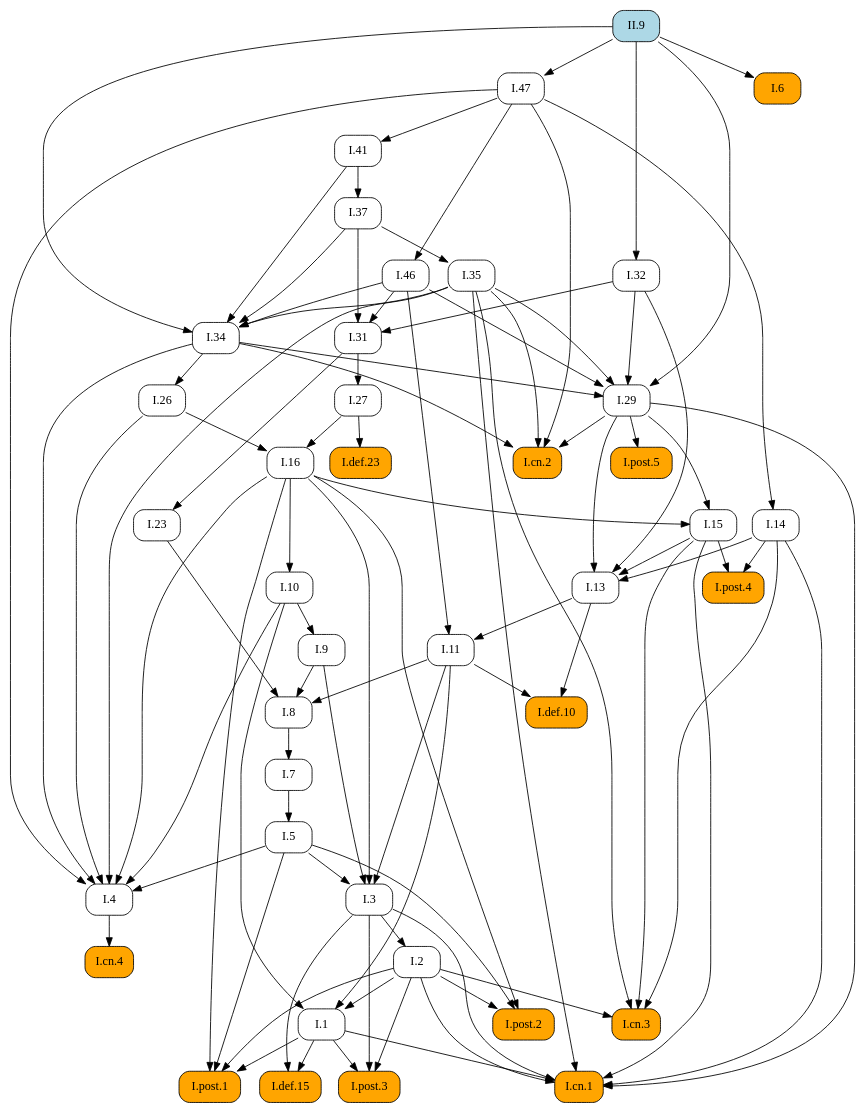
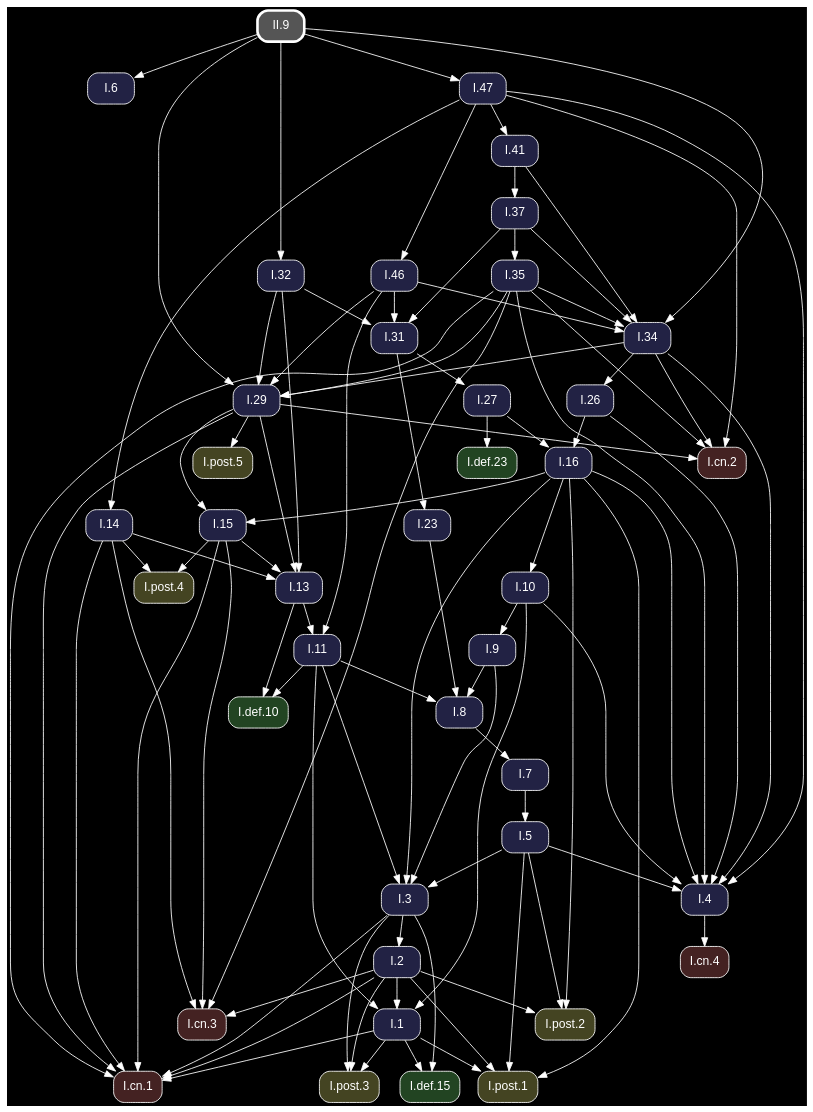
Before and after one commit to geometor/elements: the diagram in docsrc/heath/II/9/index.rst, drawn with Graphviz. The commit also changed other lines of this file and 1200 other files, not shown here.

Commit message:
update dependency graphs

```diff
--- a/docsrc/heath/II/9/index.rst
+++ b/docsrc/heath/II/9/index.rst
@@ -127,78 +127,59 @@
 .. graphviz::
 
    digraph {
+     bgcolor="black";
+     node [shape=box, style="rounded,filled", fontname="Helvetica", color="white", fontcolor="white"];
+     edge [color="white", fontcolor="white"];
      rankdir="TB";
-     node [shape=box, style=rounded];
-     "I.23" [URL="/heath/I/23/", target="_top"];
-     "I.9" [URL="/heath/I/9/", target="_top"];
-     "I.32" [URL="/heath/I/32/", target="_top"];
-     "I.def.15" [style="rounded,filled", fillcolor=orange, URL="/heath/I/def.15/", target="_top"];
-     "I.47" [URL="/heath/I/47/", target="_top"];
-     "I.post.3" [style="rounded,filled", fillcolor=orange, URL="/heath/I/post.3/", target="_top"];
-     "I.post.1" [style="rounded,filled", fillcolor=orange, URL="/heath/I/post.1/", target="_top"];
-     "I.31" [URL="/heath/I/31/", target="_top"];
-     "II.9" [style="rounded,filled", fillcolor=lightblue, URL="/heath/II/9/", target="_top"];
-     "I.def.10" [style="rounded,filled", fillcolor=orange, URL="/heath/I/def.10/", target="_top"];
-     "I.27" [URL="/heath/I/27/", target="_top"];
-     "I.14" [URL="/heath/I/14/", target="_top"];
-     "I.34" [URL="/heath/I/34/", target="_top"];
-     "I.3" [URL="/heath/I/3/", target="_top"];
-     "I.35" [URL="/heath/I/35/", target="_top"];
-     "I.cn.1" [style="rounded,filled", fillcolor=orange, URL="/heath/I/cn.1/", target="_top"];
-     "I.7" [URL="/heath/I/7/", target="_top"];
-     "I.2" [URL="/heath/I/2/", target="_top"];
-     "I.13" [URL="/heath/I/13/", target="_top"];
-     "I.post.4" [style="rounded,filled", fillcolor=orange, URL="/heath/I/post.4/", target="_top"];
-     "I.4" [URL="/heath/I/4/", target="_top"];
-     "I.1" [URL="/heath/I/1/", target="_top"];
-     "I.5" [URL="/heath/I/5/", target="_top"];
-     "I.37" [URL="/heath/I/37/", target="_top"];
-     "I.8" [URL="/heath/I/8/", target="_top"];
-     "I.cn.3" [style="rounded,filled", fillcolor=orange, URL="/heath/I/cn.3/", target="_top"];
-     "I.29" [URL="/heath/I/29/", target="_top"];
-     "I.16" [URL="/heath/I/16/", target="_top"];
-     "I.15" [URL="/heath/I/15/", target="_top"];
-     "I.10" [URL="/heath/I/10/", target="_top"];
-     "I.11" [URL="/heath/I/11/", target="_top"];
-     "I.def.23" [style="rounded,filled", fillcolor=orange, URL="/heath/I/def.23/", target="_top"];
-     "I.cn.2" [style="rounded,filled", fillcolor=orange, URL="/heath/I/cn.2/", target="_top"];
-     "I.post.5" [style="rounded,filled", fillcolor=orange, URL="/heath/I/post.5/", target="_top"];
-     "I.cn.4" [style="rounded,filled", fillcolor=orange, URL="/heath/I/cn.4/", target="_top"];
-     "I.41" [URL="/heath/I/41/", target="_top"];
-     "I.post.2" [style="rounded,filled", fillcolor=orange, URL="/heath/I/post.2/", target="_top"];
-     "I.46" [URL="/heath/I/46/", target="_top"];
-     "I.26" [URL="/heath/I/26/", target="_top"];
-     "I.6" [style="rounded,filled", fillcolor=orange, URL="/heath/I/6/", target="_top"];
-     "I.31" -> "I.23";
-     "I.10" -> "I.9";
-     "II.9" -> "I.32";
-     "I.1" -> "I.def.15";
-     "I.3" -> "I.def.15";
-     "II.9" -> "I.47";
-     "I.1" -> "I.post.3";
-     "I.2" -> "I.post.3";
-     "I.3" -> "I.post.3";
-     "I.1" -> "I.post.1";
-     "I.2" -> "I.post.1";
-     "I.5" -> "I.post.1";
-     "I.16" -> "I.post.1";
+     "I.6" [fillcolor="#222244", URL="/heath/I/6/", target="_top"];
+     "I.31" [fillcolor="#222244", URL="/heath/I/31/", target="_top"];
+     "I.32" [fillcolor="#222244", URL="/heath/I/32/", target="_top"];
+     "I.3" [fillcolor="#222244", URL="/heath/I/3/", target="_top"];
+     "I.cn.1" [fillcolor="#442222", URL="/heath/I/cn.1/", target="_top"];
+     "I.def.10" [fillcolor="#224422", URL="/heath/I/def.10/", target="_top"];
+     "I.15" [fillcolor="#222244", URL="/heath/I/15/", target="_top"];
+     "I.13" [fillcolor="#222244", URL="/heath/I/13/", target="_top"];
+     "I.27" [fillcolor="#222244", URL="/heath/I/27/", target="_top"];
+     "I.2" [fillcolor="#222244", URL="/heath/I/2/", target="_top"];
+     "I.41" [fillcolor="#222244", URL="/heath/I/41/", target="_top"];
+     "I.cn.2" [fillcolor="#442222", URL="/heath/I/cn.2/", target="_top"];
+     "I.9" [fillcolor="#222244", URL="/heath/I/9/", target="_top"];
+     "I.1" [fillcolor="#222244", URL="/heath/I/1/", target="_top"];
+     "I.post.5" [fillcolor="#444422", URL="/heath/I/post.5/", target="_top"];
+     "I.post.4" [fillcolor="#444422", URL="/heath/I/post.4/", target="_top"];
+     "I.23" [fillcolor="#222244", URL="/heath/I/23/", target="_top"];
+     "I.26" [fillcolor="#222244", URL="/heath/I/26/", target="_top"];
+     "I.8" [fillcolor="#222244", URL="/heath/I/8/", target="_top"];
+     "I.4" [fillcolor="#222244", URL="/heath/I/4/", target="_top"];
+     "I.7" [fillcolor="#222244", URL="/heath/I/7/", target="_top"];
+     "I.5" [fillcolor="#222244", URL="/heath/I/5/", target="_top"];
+     "I.10" [fillcolor="#222244", URL="/heath/I/10/", target="_top"];
+     "I.46" [fillcolor="#222244", URL="/heath/I/46/", target="_top"];
+     "I.post.1" [fillcolor="#444422", URL="/heath/I/post.1/", target="_top"];
+     "I.11" [fillcolor="#222244", URL="/heath/I/11/", target="_top"];
+     "I.16" [fillcolor="#222244", URL="/heath/I/16/", target="_top"];
+     "I.37" [fillcolor="#222244", URL="/heath/I/37/", target="_top"];
+     "I.cn.3" [fillcolor="#442222", URL="/heath/I/cn.3/", target="_top"];
+     "I.29" [fillcolor="#222244", URL="/heath/I/29/", target="_top"];
+     "I.post.2" [fillcolor="#444422", URL="/heath/I/post.2/", target="_top"];
+     "I.cn.4" [fillcolor="#442222", URL="/heath/I/cn.4/", target="_top"];
+     "I.47" [fillcolor="#222244", URL="/heath/I/47/", target="_top"];
+     "I.14" [fillcolor="#222244", URL="/heath/I/14/", target="_top"];
+     "I.def.23" [fillcolor="#224422", URL="/heath/I/def.23/", target="_top"];
+     "I.35" [fillcolor="#222244", URL="/heath/I/35/", target="_top"];
+     "I.post.3" [fillcolor="#444422", URL="/heath/I/post.3/", target="_top"];
+     "I.34" [fillcolor="#222244", URL="/heath/I/34/", target="_top"];
+     "II.9" [penwidth=3, color="white", fillcolor="#555555", URL="/heath/II/9/", target="_top"];
+     "I.def.15" [fillcolor="#224422", URL="/heath/I/def.15/", target="_top"];
+     "II.9" -> "I.6";
      "I.32" -> "I.31";
      "I.37" -> "I.31";
      "I.46" -> "I.31";
-     "I.11" -> "I.def.10";
-     "I.13" -> "I.def.10";
-     "I.31" -> "I.27";
-     "I.47" -> "I.14";
-     "I.35" -> "I.34";
-     "I.37" -> "I.34";
-     "I.41" -> "I.34";
-     "I.46" -> "I.34";
-     "II.9" -> "I.34";
+     "II.9" -> "I.32";
      "I.5" -> "I.3";
      "I.9" -> "I.3";
      "I.11" -> "I.3";
      "I.16" -> "I.3";
-     "I.37" -> "I.35";
      "I.1" -> "I.cn.1";
      "I.2" -> "I.cn.1";
      "I.3" -> "I.cn.1";
@@ -206,14 +187,33 @@
      "I.15" -> "I.cn.1";
      "I.29" -> "I.cn.1";
      "I.35" -> "I.cn.1";
-     "I.8" -> "I.7";
-     "I.3" -> "I.2";
+     "I.11" -> "I.def.10";
+     "I.13" -> "I.def.10";
+     "I.16" -> "I.15";
+     "I.29" -> "I.15";
      "I.14" -> "I.13";
      "I.15" -> "I.13";
      "I.29" -> "I.13";
      "I.32" -> "I.13";
+     "I.31" -> "I.27";
+     "I.3" -> "I.2";
+     "I.47" -> "I.41";
+     "I.29" -> "I.cn.2";
+     "I.34" -> "I.cn.2";
+     "I.35" -> "I.cn.2";
+     "I.47" -> "I.cn.2";
+     "I.10" -> "I.9";
+     "I.2" -> "I.1";
+     "I.10" -> "I.1";
+     "I.11" -> "I.1";
+     "I.29" -> "I.post.5";
      "I.14" -> "I.post.4";
      "I.15" -> "I.post.4";
+     "I.31" -> "I.23";
+     "I.34" -> "I.26";
+     "I.9" -> "I.8";
+     "I.11" -> "I.8";
+     "I.23" -> "I.8";
      "I.5" -> "I.4";
      "I.10" -> "I.4";
      "I.16" -> "I.4";
@@ -221,14 +221,19 @@
      "I.34" -> "I.4";
      "I.35" -> "I.4";
      "I.47" -> "I.4";
-     "I.2" -> "I.1";
-     "I.10" -> "I.1";
-     "I.11" -> "I.1";
+     "I.8" -> "I.7";
      "I.7" -> "I.5";
+     "I.16" -> "I.10";
+     "I.47" -> "I.46";
+     "I.1" -> "I.post.1";
+     "I.2" -> "I.post.1";
+     "I.5" -> "I.post.1";
+     "I.16" -> "I.post.1";
+     "I.13" -> "I.11";
+     "I.46" -> "I.11";
+     "I.26" -> "I.16";
+     "I.27" -> "I.16";
      "I.41" -> "I.37";
-     "I.9" -> "I.8";
-     "I.11" -> "I.8";
-     "I.23" -> "I.8";
      "I.2" -> "I.cn.3";
      "I.14" -> "I.cn.3";
      "I.15" -> "I.cn.3";
@@ -238,25 +243,22 @@
      "I.35" -> "I.29";
      "I.46" -> "I.29";
      "II.9" -> "I.29";
-     "I.26" -> "I.16";
-     "I.27" -> "I.16";
-     "I.16" -> "I.15";
-     "I.29" -> "I.15";
-     "I.16" -> "I.10";
-     "I.13" -> "I.11";
-     "I.46" -> "I.11";
-     "I.27" -> "I.def.23";
-     "I.29" -> "I.cn.2";
-     "I.34" -> "I.cn.2";
-     "I.35" -> "I.cn.2";
-     "I.47" -> "I.cn.2";
-     "I.29" -> "I.post.5";
-     "I.4" -> "I.cn.4";
-     "I.47" -> "I.41";
      "I.2" -> "I.post.2";
      "I.5" -> "I.post.2";
      "I.16" -> "I.post.2";
-     "I.47" -> "I.46";
-     "I.34" -> "I.26";
-     "II.9" -> "I.6";
+     "I.4" -> "I.cn.4";
+     "II.9" -> "I.47";
+     "I.47" -> "I.14";
+     "I.27" -> "I.def.23";
+     "I.37" -> "I.35";
+     "I.1" -> "I.post.3";
+     "I.2" -> "I.post.3";
+     "I.3" -> "I.post.3";
+     "I.35" -> "I.34";
+     "I.37" -> "I.34";
+     "I.41" -> "I.34";
+     "I.46" -> "I.34";
+     "II.9" -> "I.34";
+     "I.1" -> "I.def.15";
+     "I.3" -> "I.def.15";
    }
```
